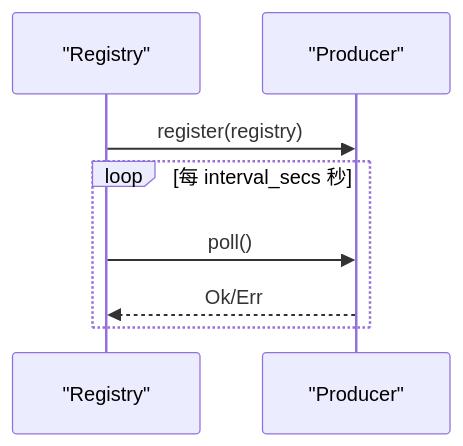
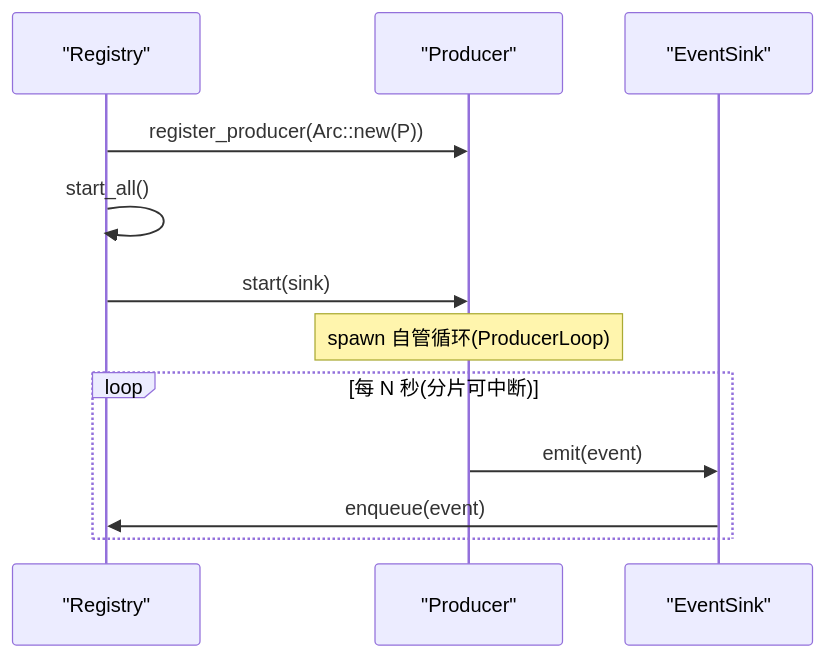
One commit to runningcoders/ai_orz changed the fifth of 8 diagrams in docs/wiki/zh/content/核心模块/AOP 事件系统/事件队列系统/事件队列系统.md. Above: the diagram before and after it, drawn with Mermaid. The commit also changed other lines of this file and 37 other files, not shown here.

````diff
--- a/docs/wiki/zh/content/核心模块/AOP 事件系统/事件队列系统/事件队列系统.md
+++ b/docs/wiki/zh/content/核心模块/AOP 事件系统/事件队列系统/事件队列系统.md
@@ -171,10 +182,14 @@
 ```mermaid
 sequenceDiagram
 participant R as "Registry"
 participant P as "Producer"
-R->>P : register(registry)
-loop 每 interval_secs 秒
-R->>P : poll()
-P-->>R : Ok/Err
+participant S as "EventSink"
+R->>P : register_producer(Arc::new(P))
+R->>R : start_all()
+R->>P : start(sink)
+Note over P : spawn 自管循环(ProducerLoop)
+loop 每 N 秒(分片可中断)
+P->>S : emit(event)
+S->>R : enqueue(event)
 end
 ```
````
